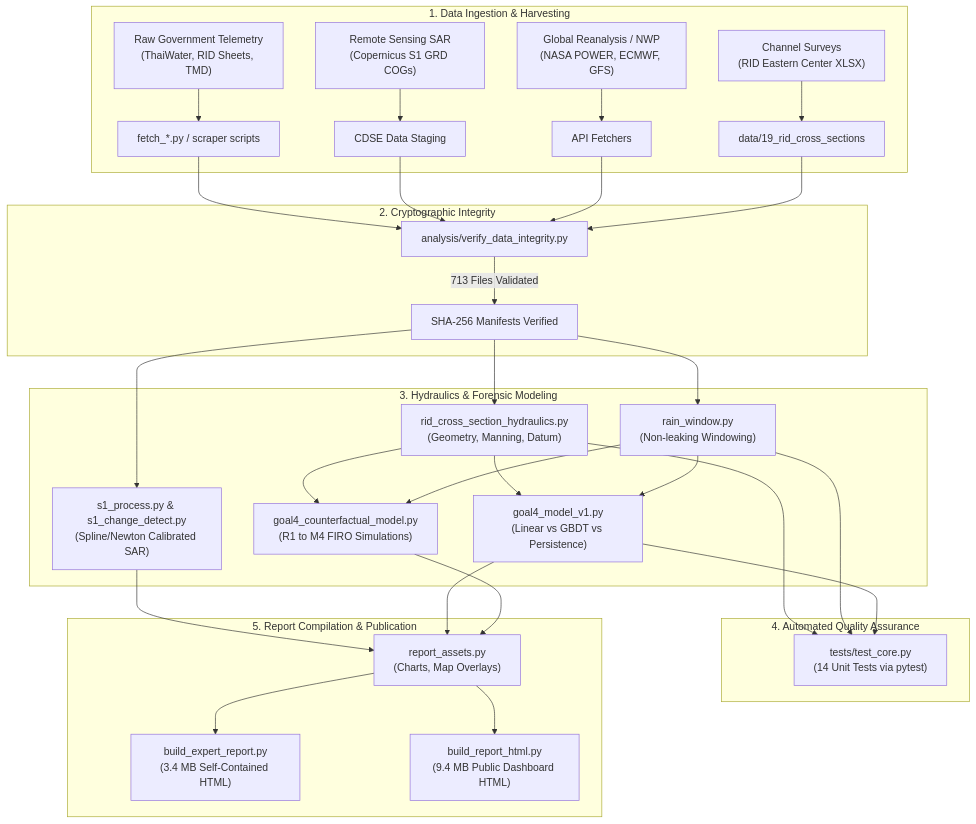
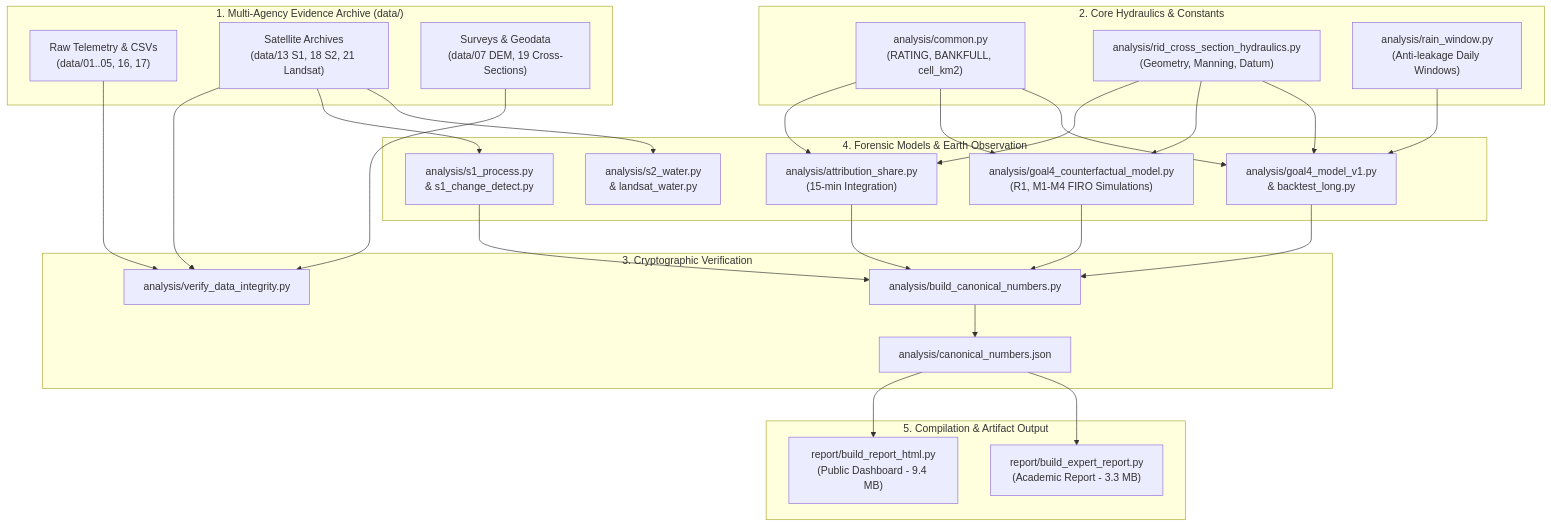
One commit to tkittich/nnyflood changed the diagram in docs/reviews/REVIEW.gemini.md. Above: the diagram before and after it, drawn with Mermaid. The commit also changed other lines of this file and 26 other files, not shown here.

````diff
--- a/docs/reviews/REVIEW.gemini.md
+++ b/docs/reviews/REVIEW.gemini.md
@@ -92,32 +70,40 @@
 ```mermaid
-flowchart TD
-    subgraph Ingestion ["1. Data Ingestion & Harvesting"]
-        A1["Raw Government Telemetry<br/>(ThaiWater, RID Sheets, TMD)"] --> S1["fetch_*.py / scraper scripts"]
-        A2["Remote Sensing SAR<br/>(Copernicus S1 GRD COGs)"] --> S2["CDSE Data Staging"]
-        A3["Global Reanalysis / NWP<br/>(NASA POWER, ECMWF, GFS)"] --> S3["API Fetchers"]
-        A4["Channel Surveys<br/>(RID Eastern Center XLSX)"] --> S4["data/19_rid_cross_sections"]
+graph TD
+    subgraph Data["1. Multi-Agency Evidence Archive (data/)"]
+        D1["Raw Telemetry & CSVs<br/>(data/01..05, 16, 17)"]
+        D2["Satellite Archives<br/>(data/13 S1, 18 S2, 21 Landsat)"]
+        D3["Surveys & Geodata<br/>(data/07 DEM, 19 Cross-Sections)"]
     end
 
-    subgraph Verification ["2. Cryptographic Integrity"]
-        S1 & S2 & S3 & S4 --> V1["analysis/verify_data_integrity.py"]
-        V1 -->|713 Files Validated| M1["SHA-256 Manifests Verified"]
+    subgraph Core["2. Core Hydraulics & Constants"]
+        COM["analysis/common.py<br/>(RATING, BANKFULL, cell_km2)"]
+        HYD["analysis/rid_cross_section_hydraulics.py<br/>(Geometry, Manning, Datum)"]
+        WIN["analysis/rain_window.py<br/>(Anti-leakage Daily Windows)"]
     end
 
-    subgraph CoreAnalysis ["3. Hydraulics & Forensic Modeling"]
-        M1 --> H1["rid_cross_section_hydraulics.py<br/>(Geometry, Manning, Datum)"]
-        M1 --> R1["rain_window.py<br/>(Non-leaking Windowing)"]
-        M1 --> SAR["s1_process.py & s1_change_detect.py<br/>(Spline/Newton Calibrated SAR)"]
-        H1 & R1 --> M4["goal4_model_v1.py<br/>(Linear vs GBDT vs Persistence)"]
-        H1 & R1 --> CF["goal4_counterfactual_model.py<br/>(R1 to M4 FIRO Simulations)"]
+    subgraph IngestionVerification["3. Cryptographic Verification"]
+        VER["analysis/verify_data_integrity.py"]
+        CAN["analysis/build_canonical_numbers.py"]
+        CJ["analysis/canonical_numbers.json"]
     end
 
-    subgraph Testing ["4. Automated Quality Assurance"]
-        H1 & R1 & M4 --> T1["tests/test_core.py<br/>(14 Unit Tests via pytest)"]
+    subgraph Science["4. Forensic Models & Earth Observation"]
+        ATTR["analysis/attribution_share.py<br/>(15-min Integration)"]
+        CF["analysis/goal4_counterfactual_model.py<br/>(R1, M1-M4 FIRO Simulations)"]
+        PRED["analysis/goal4_model_v1.py<br/>& backtest_long.py"]
+        SAR["analysis/s1_process.py<br/>& s1_change_detect.py"]
+        OPT["analysis/s2_water.py<br/>& landsat_water.py"]
     end
 
-    subgraph Publishing ["5. Report Compilation & Publication"]
-        SAR & M4 & CF --> P1["report_assets.py<br/>(Charts, Map Overlays)"]
-        P1 --> P2["build_expert_report.py<br/>(3.4 MB Self-Contained HTML)"]
-        P1 --> P3["build_report_html.py<br/>(9.4 MB Public Dashboard HTML)"]
+    subgraph Delivery["5. Compilation & Artifact Output"]
+        PUB["report/build_report_html.py<br/>(Public Dashboard - 9.4 MB)"]
+        EXP["report/build_expert_report.py<br/>(Academic Report - 3.3 MB)"]
     end
+
+    D1 & D2 & D3 --> VER
+    COM & HYD --> ATTR & CF & PRED
+    WIN --> PRED
+    D2 --> SAR & OPT
+    SAR & ATTR & CF & PRED --> CAN --> CJ
+    CJ --> PUB & EXP
 ```
````
